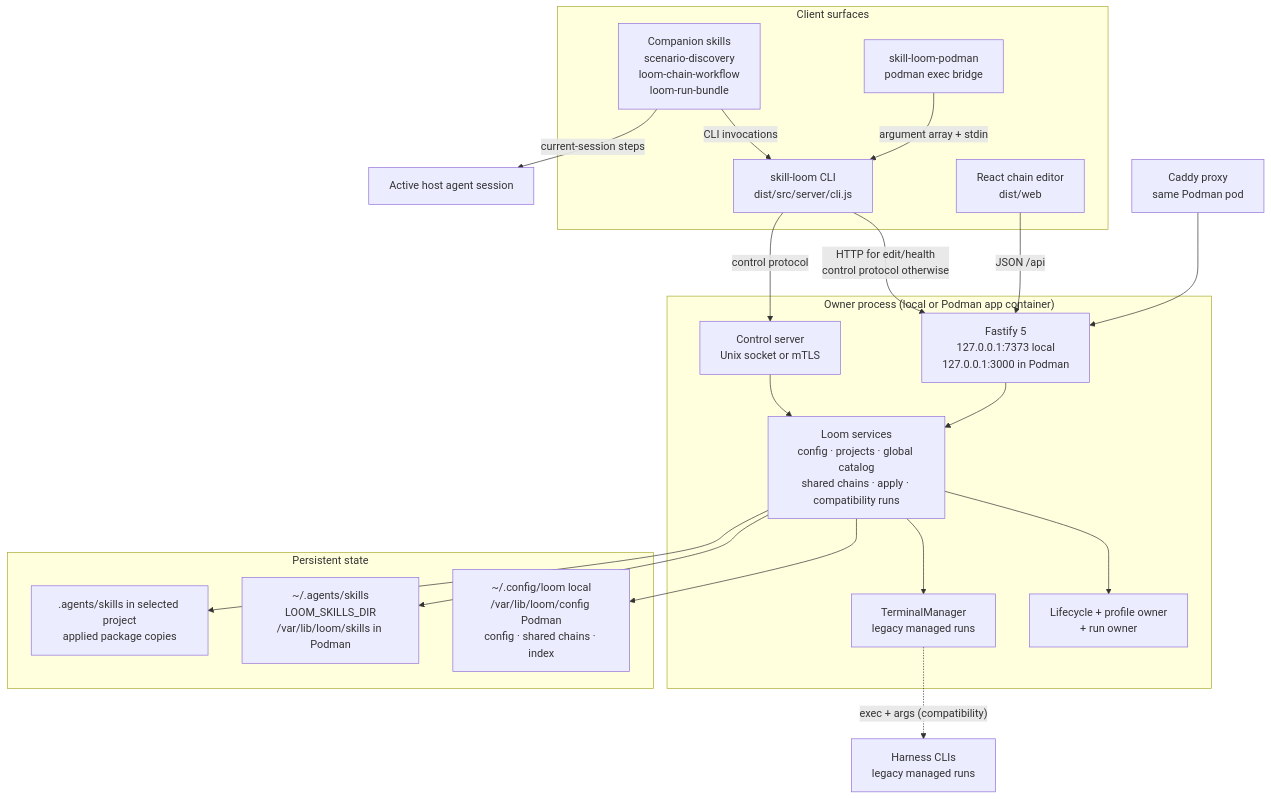
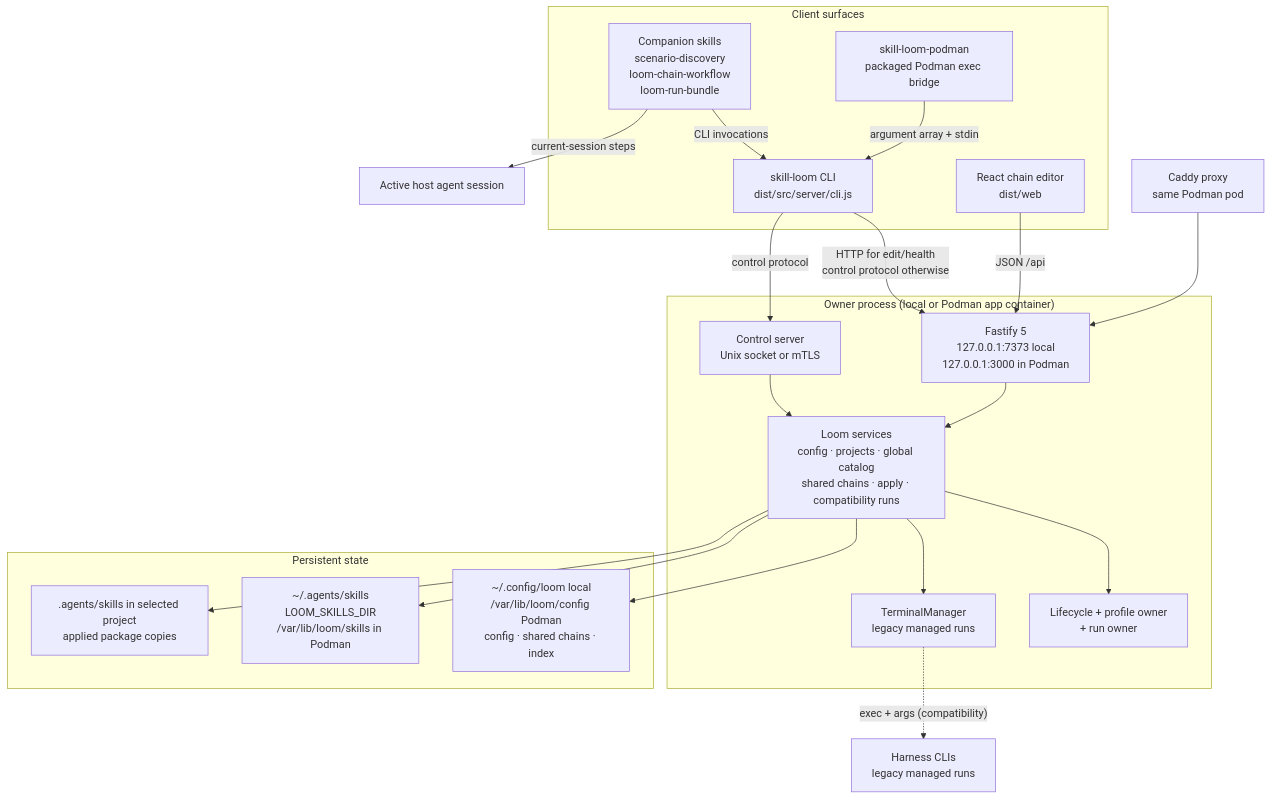
The second of 10 diagrams in Project_Architecture_Blueprint.md (McFuzzySquirrel/skill-loom), drawn with Mermaid before and after one commit. The commit also changed other lines of this file and 25 other files, not shown here.

````diff
--- a/Project_Architecture_Blueprint.md
+++ b/Project_Architecture_Blueprint.md
@@ -108,44 +108,44 @@
 ```mermaid
 flowchart TB
   subgraph Client["Client surfaces"]
     CLI["skill-loom CLI<br/>dist/src/server/cli.js"]
     Skill["Companion skills<br/>scenario-discovery<br/>loom-chain-workflow<br/>loom-run-bundle"]
-    PodmanCLI["skill-loom-podman<br/>podman exec bridge"]
+    PodmanCLI["skill-loom-podman<br/>packaged Podman exec bridge"]
     Web["React chain editor<br/>dist/web"]
   end
 
   subgraph Owner["Owner process (local or Podman app container)"]
     Fastify["Fastify 5<br/>127.0.0.1:7373 local<br/>127.0.0.1:3000 in Podman"]
     Control["Control server<br/>Unix socket or mTLS"]
     Services["Loom services<br/>config · projects · global catalog<br/>shared chains · apply · compatibility runs"]
     Lifecycle["Lifecycle + profile owner<br/>+ run owner"]
     PTY["TerminalManager<br/>legacy managed runs"]
   end
 
   subgraph Disk["Persistent state"]
     Config["~/.config/loom local<br/>/var/lib/loom/config Podman<br/>config · shared chains · index"]
     Global["~/.agents/skills<br/>LOOM_SKILLS_DIR<br/>/var/lib/loom/skills in Podman"]
     Project[".agents/skills in selected project<br/>applied package copies"]
   end
 
   Agent["Active host agent session"]
   Harness["Harness CLIs<br/>legacy managed runs"]
   Proxy["Caddy proxy<br/>same Podman pod"]
 
   CLI -->|"HTTP for edit/health<br/>control protocol otherwise"| Fastify
   CLI -->|"control protocol"| Control
   PodmanCLI -->|"argument array + stdin"| CLI
   Web -->|"JSON /api"| Fastify
   Skill -->|"CLI invocations"| CLI
   Skill -->|"current-session steps"| Agent
   Proxy --> Fastify
 
   Fastify --> Services
   Control --> Services
   Services --> Lifecycle
   Services --> PTY
   Services --> Config
   Services --> Global
   Services --> Project
   PTY -.->|"exec + args (compatibility)"| Harness
 ```
````
